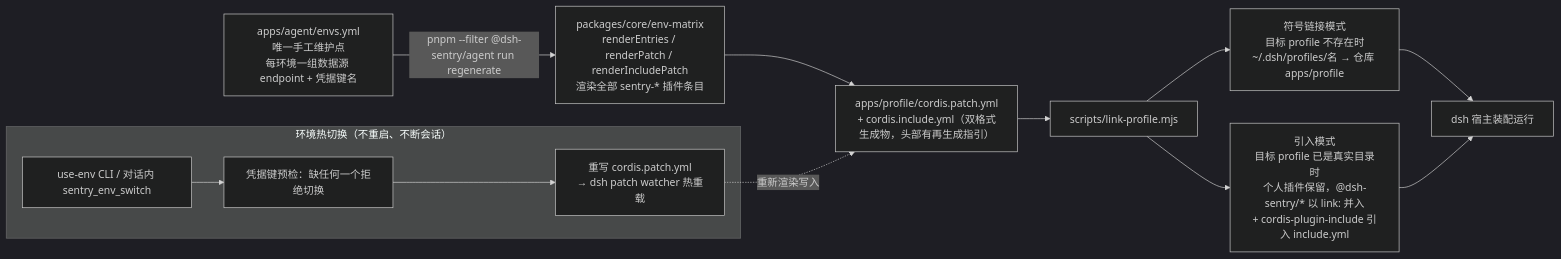
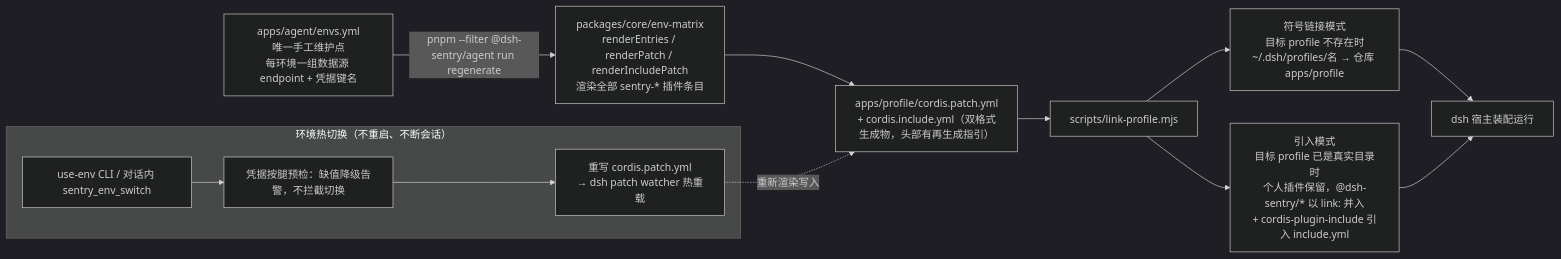
The second of 3 diagrams in docs/architecture/overview.md (lynn-hector/endurance-sage), drawn with Mermaid (dark theme) before and after one commit. The commit also changed 10 other files, not shown here.

````diff
--- a/docs/architecture/overview.md
+++ b/docs/architecture/overview.md
@@ -80,23 +80,23 @@
 ```mermaid
 flowchart LR
     envyml["apps/agent/envs.yml<br/>唯一手工维护点<br/>每环境一组数据源 endpoint + 凭据键名"]
     render["packages/core/env-matrix<br/>renderEntries / renderPatch / renderIncludePatch<br/>渲染全部 sentry-* 插件条目"]
     gen["apps/profile/cordis.patch.yml<br/>+ cordis.include.yml（双格式生成物，头部有再生成指引）"]
     link["scripts/link-profile.mjs"]
     sym["符号链接模式<br/>目标 profile 不存在时<br/>~/.dsh/profiles/名 → 仓库 apps/profile"]
     adopt["引入模式<br/>目标 profile 已是真实目录时<br/>个人插件保留，@dsh-sentry/* 以 link: 并入<br/>+ cordis-plugin-include 引入 include.yml"]
     run["dsh 宿主装配运行"]
 
     envyml -->|"pnpm --filter @dsh-sentry/agent run regenerate"| render --> gen --> link
     link --> sym --> run
     link --> adopt --> run
 
     subgraph hot["环境热切换（不重启、不断会话）"]
         switch["use-env CLI / 对话内 sentry_env_switch"]
-        precheck["凭据键预检：缺任何一个拒绝切换"]
+        precheck["凭据按腿预检：缺值降级告警，不拦截切换"]
         watch["重写 cordis.patch.yml<br/>→ dsh patch watcher 热重载"]
         switch --> precheck --> watch
     end
 
     watch -.重新渲染写入.-> gen
 ```
````
